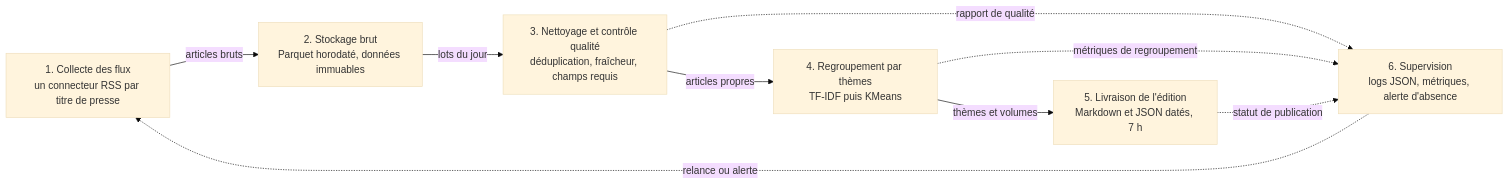
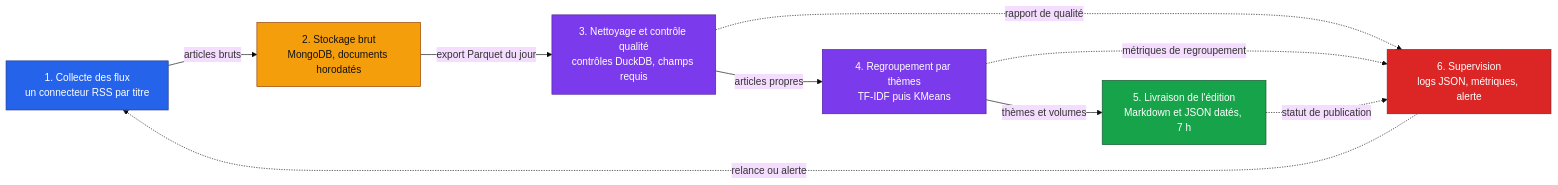
One commit to Adam-Blf/Projet-M2OPS changed the diagram in docs/architecture.md. Above: the diagram before and after it, drawn with Mermaid (base theme). The commit also changed other lines of this file and 2 other files, not shown here.

Commit message:
feat(stack): store raw articles in MongoDB, query with DuckDB, run on Podman and Kubernetes

````diff
--- a/docs/architecture.md
+++ b/docs/architecture.md
@@ -6,18 +6,30 @@
 ```mermaid
 flowchart LR
-  S1["1. Collecte des flux<br/>un connecteur RSS par titre de presse"]
-  S2["2. Stockage brut<br/>Parquet horodaté, données immuables"]
-  S3["3. Nettoyage et contrôle qualité<br/>déduplication, fraîcheur, champs requis"]
+  S1["1. Collecte des flux<br/>un connecteur RSS par titre"]
+  S2["2. Stockage brut<br/>MongoDB, documents horodatés"]
+  S3["3. Nettoyage et contrôle qualité<br/>contrôles DuckDB, champs requis"]
   S4["4. Regroupement par thèmes<br/>TF-IDF puis KMeans"]
   S5["5. Livraison de l'édition<br/>Markdown et JSON datés, 7 h"]
-  S6["6. Supervision<br/>logs JSON, métriques, alerte d'absence"]
+  S6["6. Supervision<br/>logs JSON, métriques, alerte"]
 
   S1 -->|articles bruts| S2
-  S2 -->|lots du jour| S3
+  S2 -->|export Parquet du jour| S3
   S3 -->|articles propres| S4
   S4 -->|thèmes et volumes| S5
   S3 -.->|rapport de qualité| S6
   S4 -.->|métriques de regroupement| S6
   S5 -.->|statut de publication| S6
   S6 -.->|relance ou alerte| S1
+
+  classDef input fill:#2563eb,stroke:#1e3a8a,color:#fff
+  classDef process fill:#7c3aed,stroke:#4c1d95,color:#fff
+  classDef store fill:#f59e0b,stroke:#92400e,color:#111
+  classDef ok fill:#16a34a,stroke:#14532d,color:#fff
+  classDef error fill:#dc2626,stroke:#7f1d1d,color:#fff
+
+  class S1 input
+  class S2 store
+  class S3,S4 process
+  class S5 ok
+  class S6 error
 ```
````
